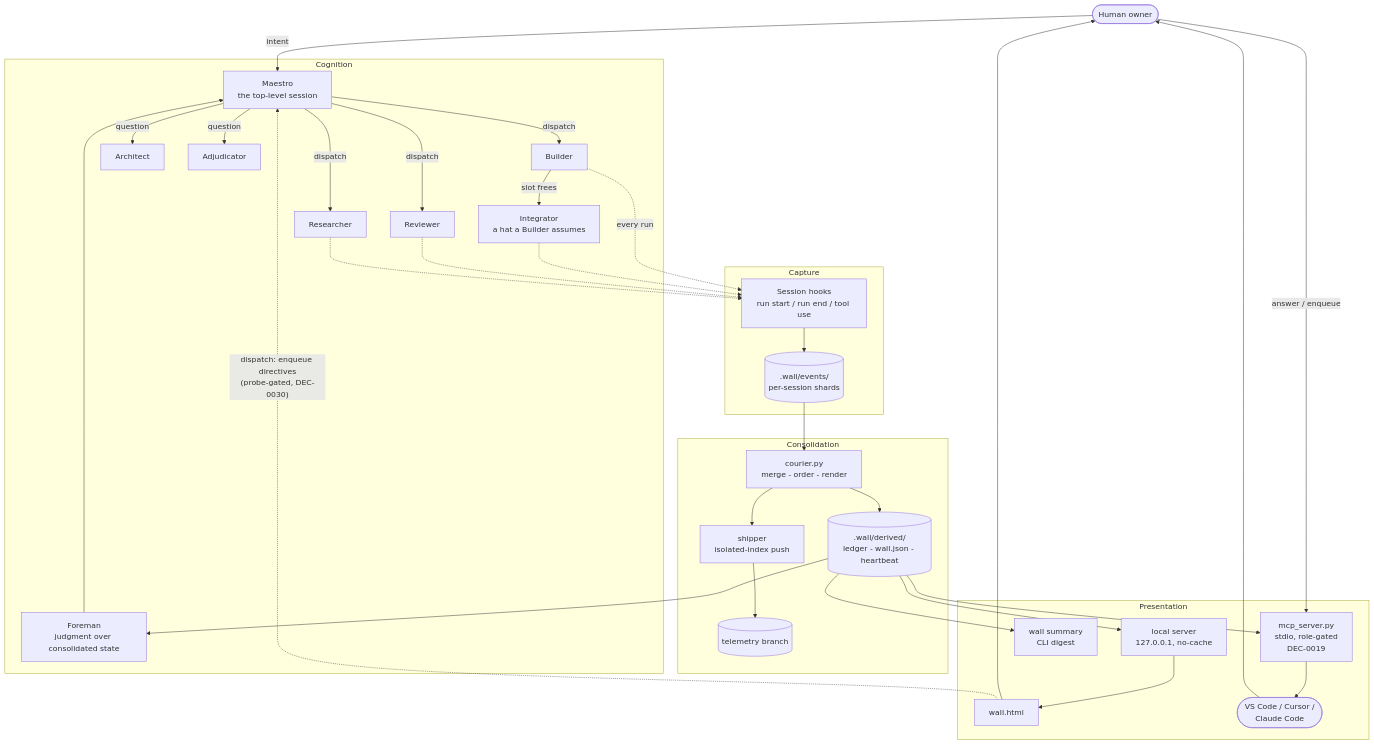
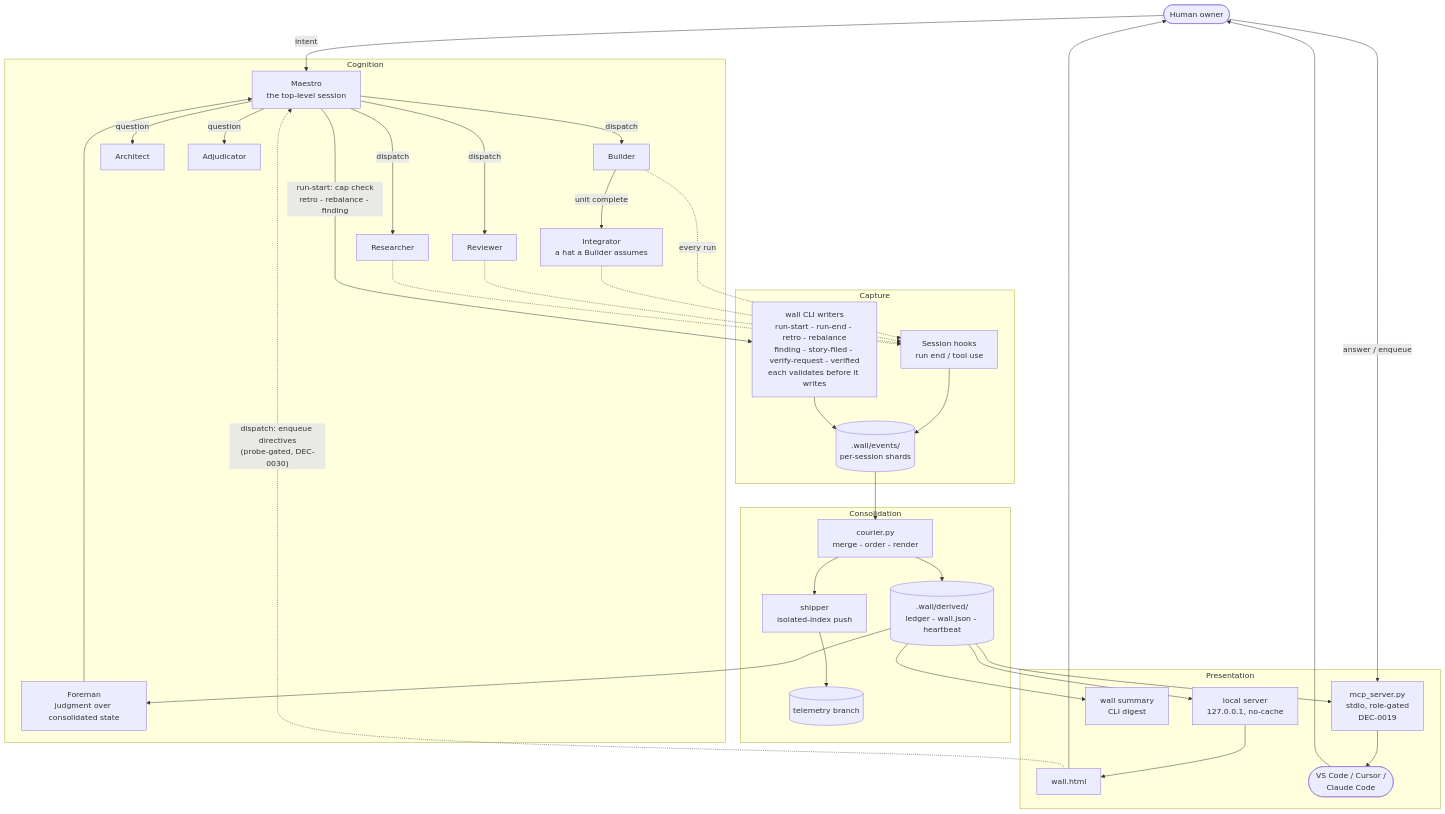
Before and after one commit to newellnarco/EngTeam-Wallkit-BluePrint: the first of 3 diagrams in docs/diagrams/ARCHITECTURE.md, drawn with Mermaid. The commit also changed other lines of this file and 98 other files, not shown here.

````diff
--- a/docs/diagrams/ARCHITECTURE.md
+++ b/docs/diagrams/ARCHITECTURE.md
@@ -21,63 +21,66 @@
 ```mermaid
 flowchart TB
     Human([Human owner])
 
     subgraph Cognition
         Maestro[Maestro<br/>the top-level session]
         Builder[Builder]
         Integrator[Integrator<br/>a hat a Builder assumes]
         Reviewer[Reviewer]
         Researcher[Researcher]
         Architect[Architect]
         Adjudicator[Adjudicator]
         Foreman[Foreman<br/>judgment over consolidated state]
     end
 
     subgraph Capture
-        Hooks[Session hooks<br/>run start / run end / tool use]
+        Hooks[Session hooks<br/>run end / tool use]
+        CLI[wall CLI writers<br/>run-start - run-end - retro - rebalance<br/>finding - story-filed - verify-request - verified<br/>each validates before it writes]
         Shards[(.wall/events/<br/>per-session shards)]
     end
 
     subgraph Consolidation
         Courier[courier.py<br/>merge - order - render]
         Shipper[shipper<br/>isolated-index push]
         Derived[(.wall/derived/<br/>ledger - wall.json - heartbeat)]
         Branch[(telemetry branch)]
     end
 
     subgraph Presentation
         Server[local server<br/>127.0.0.1, no-cache]
         Wall[wall.html]
         Summary[wall summary<br/>CLI digest]
         MCP[mcp_server.py<br/>stdio, role-gated<br/>DEC-0019]
         Editors([VS Code / Cursor /<br/>Claude Code])
     end
 
     Human -->|intent| Maestro
     Maestro -->|dispatch| Builder
     Maestro -->|dispatch| Reviewer
     Maestro -->|dispatch| Researcher
     Maestro -->|question| Architect
     Maestro -->|question| Adjudicator
-    Builder -->|slot frees| Integrator
+    Builder -->|unit complete| Integrator
     Builder -.->|every run| Hooks
     Integrator -.-> Hooks
     Reviewer -.-> Hooks
     Researcher -.-> Hooks
+    Maestro -->|"run-start: cap check<br/>retro - rebalance - finding"| CLI
     Hooks --> Shards
+    CLI --> Shards
     Shards --> Courier
     Courier --> Derived
     Courier --> Shipper
     Shipper --> Branch
     Derived --> Server
     Server --> Wall
     Wall --> Human
     Derived --> Summary
     Derived --> MCP
     MCP --> Editors
     Editors --> Human
     Human -->|answer / enqueue| MCP
     Wall -.->|"dispatch: enqueue directives<br/>(probe-gated, DEC-0030)"| Maestro
     Derived --> Foreman
     Foreman --> Maestro
 ```
````
